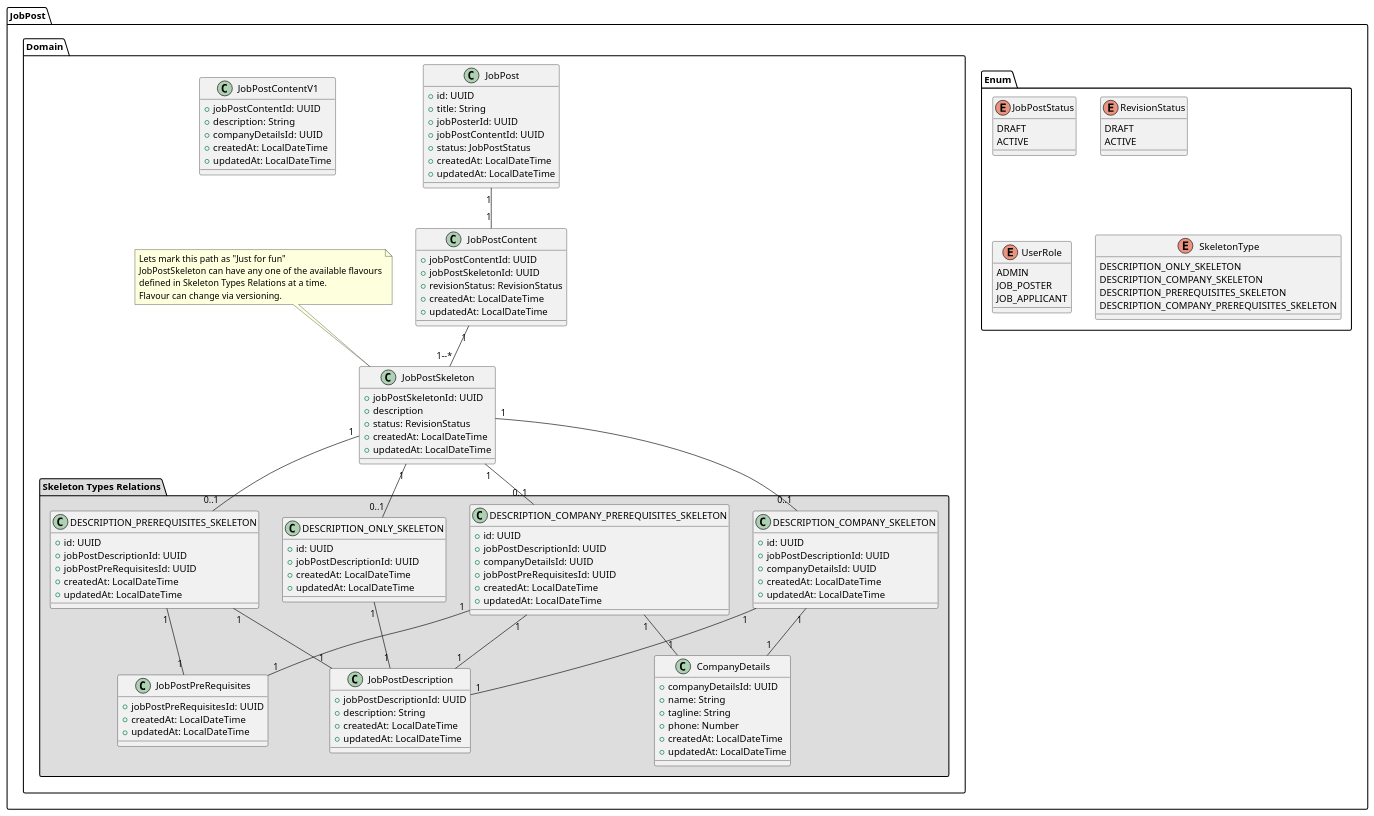
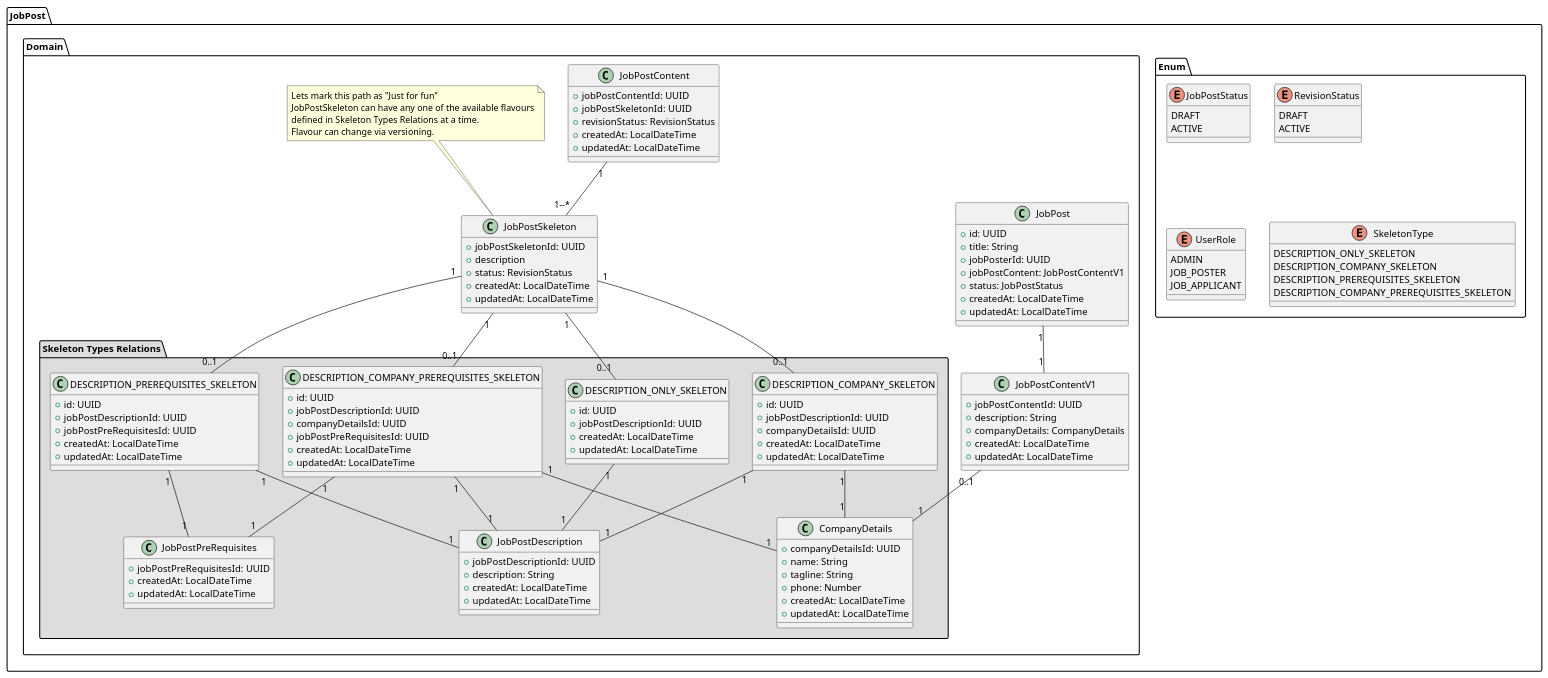
One commit to info-dpv-intelligence/jobpulse changed the diagram in docs/job-service/database-design/job_post.puml. Above: the diagram before and after it, drawn with PlantUML. The commit also changed 79 other files, not shown here.

```diff
--- a/docs/job-service/database-design/job_post.puml
+++ b/docs/job-service/database-design/job_post.puml
@@ -1,133 +1,135 @@
 package "JobPost" {
     package Enum {            
         enum JobPostStatus {
             DRAFT
             ACTIVE
         }
         enum RevisionStatus {
             DRAFT
             ACTIVE
         }
 
         enum UserRole {
             ADMIN
             JOB_POSTER
             JOB_APPLICANT
         }
 
         enum SkeletonType {
             DESCRIPTION_ONLY_SKELETON
             DESCRIPTION_COMPANY_SKELETON
             DESCRIPTION_PREREQUISITES_SKELETON
             DESCRIPTION_COMPANY_PREREQUISITES_SKELETON
         }
     }
     package Domain {
         class JobPost {
             +id: UUID
             +title: String
             +jobPosterId: UUID
-            +jobPostContentId: UUID
+            +jobPostContent: JobPostContentV1
             +status: JobPostStatus
             +createdAt: LocalDateTime
             +updatedAt: LocalDateTime
         }
 
         class JobPostContentV1 {
             +jobPostContentId: UUID
             +description: String
-            +companyDetailsId: UUID
+            +companyDetails: CompanyDetails
             +createdAt: LocalDateTime
             +updatedAt: LocalDateTime
         }
 
         class JobPostContent {
             +jobPostContentId: UUID
             +jobPostSkeletonId: UUID
             +revisionStatus: RevisionStatus
             +createdAt: LocalDateTime
             +updatedAt: LocalDateTime
         }
 
         class JobPostSkeleton {
             +jobPostSkeletonId: UUID
             +description
             +status: RevisionStatus
             +createdAt: LocalDateTime
             +updatedAt: LocalDateTime
         }
         note top of JobPostSkeleton
         Lets mark this path as "Just for fun"
         JobPostSkeleton can have any one of the available flavours
         defined in Skeleton Types Relations at a time.
         Flavour can change via versioning.
         end note
 
         package "Skeleton Types Relations" #DDDDDD {
             class DESCRIPTION_ONLY_SKELETON {
                 +id: UUID
                 +jobPostDescriptionId: UUID
                 +createdAt: LocalDateTime
                 +updatedAt: LocalDateTime
             }
             class DESCRIPTION_COMPANY_SKELETON {
                 +id: UUID
                 +jobPostDescriptionId: UUID
                 +companyDetailsId: UUID
                 +createdAt: LocalDateTime
                 +updatedAt: LocalDateTime
             }
             class DESCRIPTION_PREREQUISITES_SKELETON {
                 +id: UUID
                 +jobPostDescriptionId: UUID
                 +jobPostPreRequisitesId: UUID
                 +createdAt: LocalDateTime
                 +updatedAt: LocalDateTime
             }
             class DESCRIPTION_COMPANY_PREREQUISITES_SKELETON {
                 +id: UUID
                 +jobPostDescriptionId: UUID
                 +companyDetailsId: UUID
                 +jobPostPreRequisitesId: UUID
                 +createdAt: LocalDateTime
                 +updatedAt: LocalDateTime
             }
             class JobPostDescription {
                 +jobPostDescriptionId: UUID
                 +description: String
                 +createdAt: LocalDateTime
                 +updatedAt: LocalDateTime
             }
             class CompanyDetails {
                 +companyDetailsId: UUID
                 +name: String
                 +tagline: String
                 +phone: Number
                 +createdAt: LocalDateTime
                 +updatedAt: LocalDateTime
             }
             class JobPostPreRequisites {
                 +jobPostPreRequisitesId: UUID
                 +createdAt: LocalDateTime
                 +updatedAt: LocalDateTime
             }
 
             DESCRIPTION_ONLY_SKELETON "1" -- "1" JobPostDescription 
             DESCRIPTION_COMPANY_SKELETON "1" -- "1" JobPostDescription 
             DESCRIPTION_COMPANY_SKELETON "1" -- "1" CompanyDetails 
             DESCRIPTION_PREREQUISITES_SKELETON "1" -- "1" JobPostDescription 
             DESCRIPTION_PREREQUISITES_SKELETON "1" -- "1" JobPostPreRequisites 
             DESCRIPTION_COMPANY_PREREQUISITES_SKELETON "1" -- "1" JobPostDescription 
             DESCRIPTION_COMPANY_PREREQUISITES_SKELETON "1" -- "1" CompanyDetails 
             DESCRIPTION_COMPANY_PREREQUISITES_SKELETON "1" -- "1" JobPostPreRequisites 
             }
 
-        JobPost "1" -- "1" JobPostContent
+        JobPost "1" -- "1" JobPostContentV1
+        JobPostContentV1 "0..1" -- "1" CompanyDetails
+
         JobPostContent "1" -- "1--*" JobPostSkeleton
 
         JobPostSkeleton "1" -- "0..1" DESCRIPTION_ONLY_SKELETON
         JobPostSkeleton "1" -- "0..1" DESCRIPTION_COMPANY_SKELETON
         JobPostSkeleton "1" -- "0..1" DESCRIPTION_PREREQUISITES_SKELETON
         JobPostSkeleton "1" -- "0..1" DESCRIPTION_COMPANY_PREREQUISITES_SKELETON
     }
 }
```
